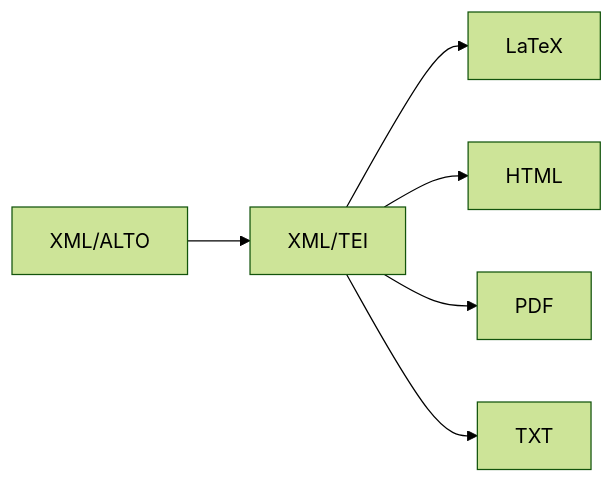
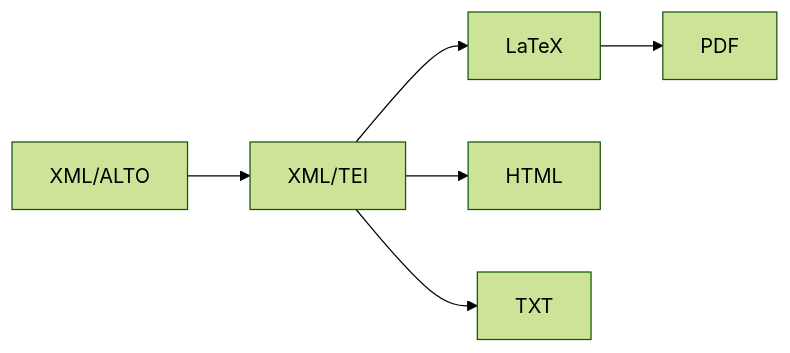
Before and after one commit to 16thExegesisDH/.github: the diagram in profile/README.md, drawn with Mermaid (forest theme).

Commit message:
Fix flowchart direction for PDF output

````diff
--- a/profile/README.md
+++ b/profile/README.md
@@ -87,8 +87,8 @@
 ```mermaid
 flowchart LR
     A[XML/ALTO] --> B[XML/TEI]
     B --> C[LaTeX]
     B --> D[HTML]
-    B --> E[PDF]
+    C --> E[PDF]
     B --> F[TXT]
 ``` 
````
